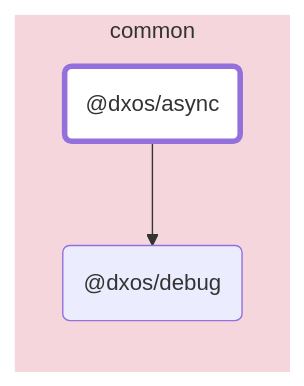
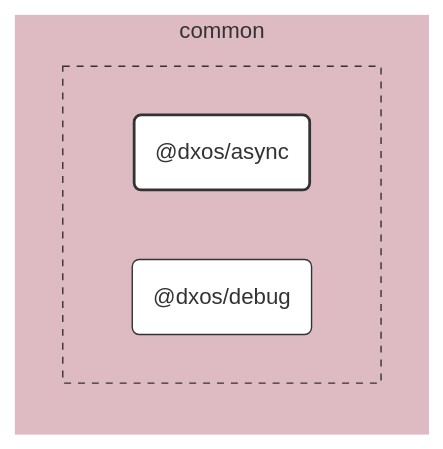
Before and after one commit to dxos/dxos: the diagram in packages/common/async/docs/README.md, drawn with Mermaid. The commit also changed 100 other files, not shown here.

````diff
--- a/packages/common/async/docs/README.md
+++ b/packages/common/async/docs/README.md
@@ -7,15 +7,33 @@
 ```mermaid
-flowchart LR;
+%%{ init: {'flowchart':{'curve':'basis'}} }%%
 
-style dxos/async fill:#fff,stroke-width:4px;
+flowchart LR
 
-click dxos/debug "https:/github.com/dxos/dxos/tree/main/packages/common/debug/docs";
+%% Links
 
+%% Sections
 subgraph common
-  style common fill:#f5d6dd,stroke:#fff;
-  dxos/async("@dxos/async");
-  dxos/debug("@dxos/debug");
+  style common fill:#debac2,stroke:#fff;
+
+
+  subgraph common-excluded [ ]
+    style common-excluded fill:#debac2,stroke:#333,stroke-dasharray:5 5;
+
+    dxos/async("@dxos/async")
+    dxos/debug("@dxos/debug")
+  end
 end
 
-dxos/async --> dxos/debug;
+
+%% Hyperlinks
+click dxos/debug href "https:/github.com/dxos/dxos/tree/main/packages/common/debug/docs";
+
+%% Styles
+classDef rootNode fill:#fff,stroke:#333,stroke-width:2px
+classDef defaultNode fill:#fff,stroke:#333,stroke-width:1px
+linkStyle default stroke:#333,stroke-width:1px
+
+dxos/async:::rootNode
+
+dxos/debug:::defaultNode
 ```
````
